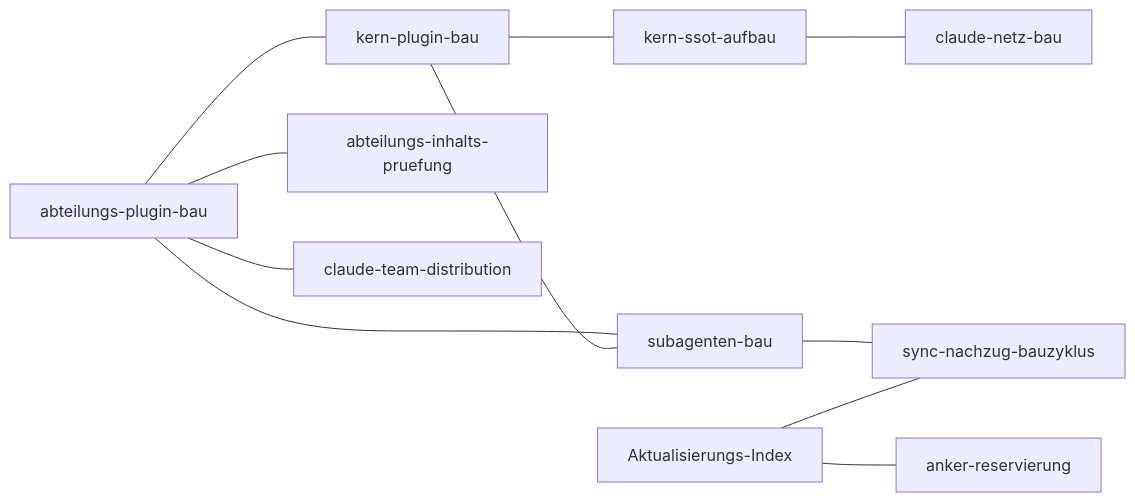
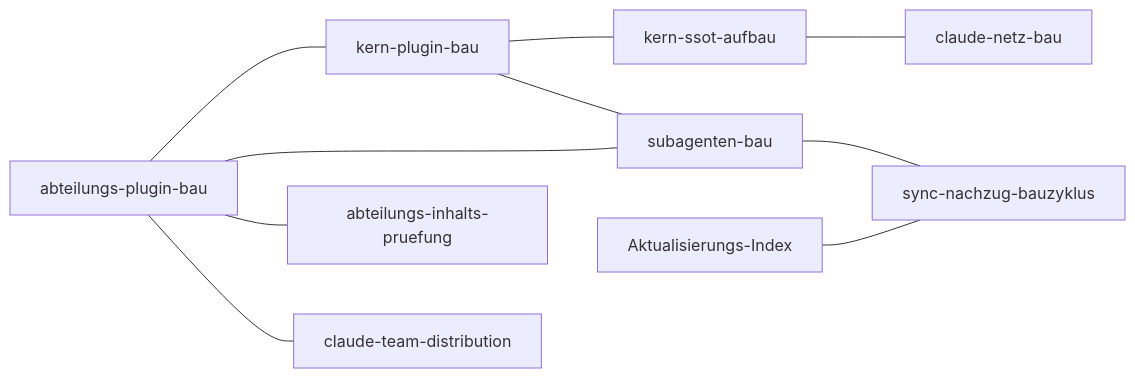
The fifth of 5 diagrams in knowledge-base/firmenkernprozesse/prozesskarten/00-FAMILIE-UND-VERDRAHTUNG.md (NovaCore-AI/NovaCoreAI-OS), drawn with Mermaid before and after one commit. The commit also changed other lines of this file and 16 other files, not shown here.

First line of the commit message:
fix(phase-j-d): Anker-Reservierung ersatzlos aufgehoben (D31, D1+D3)

````diff
--- a/knowledge-base/firmenkernprozesse/prozesskarten/00-FAMILIE-UND-VERDRAHTUNG.md
+++ b/knowledge-base/firmenkernprozesse/prozesskarten/00-FAMILIE-UND-VERDRAHTUNG.md
@@ -174,13 +162,12 @@
 ```mermaid
 flowchart LR
     APB4["abteilungs-plugin-bau"] --- KPB4["kern-plugin-bau"]
     KPB4 --- KSS4["kern-ssot-aufbau"]
     KSS4 --- CNB4["claude-netz-bau"]
     APB4 --- SAB4["subagenten-bau"]
     KPB4 --- SAB4
     SAB4 --- SN4["sync-nachzug-bauzyklus"]
-    AI4["Aktualisierungs-Index"] --- AR4["anker-reservierung"]
-    AI4 --- SN4
+    AI4["Aktualisierungs-Index"] --- SN4
     APB4 --- AIP4["abteilungs-inhalts-pruefung"]
     APB4 --- CTD4["claude-team-distribution"]
 ```
````
